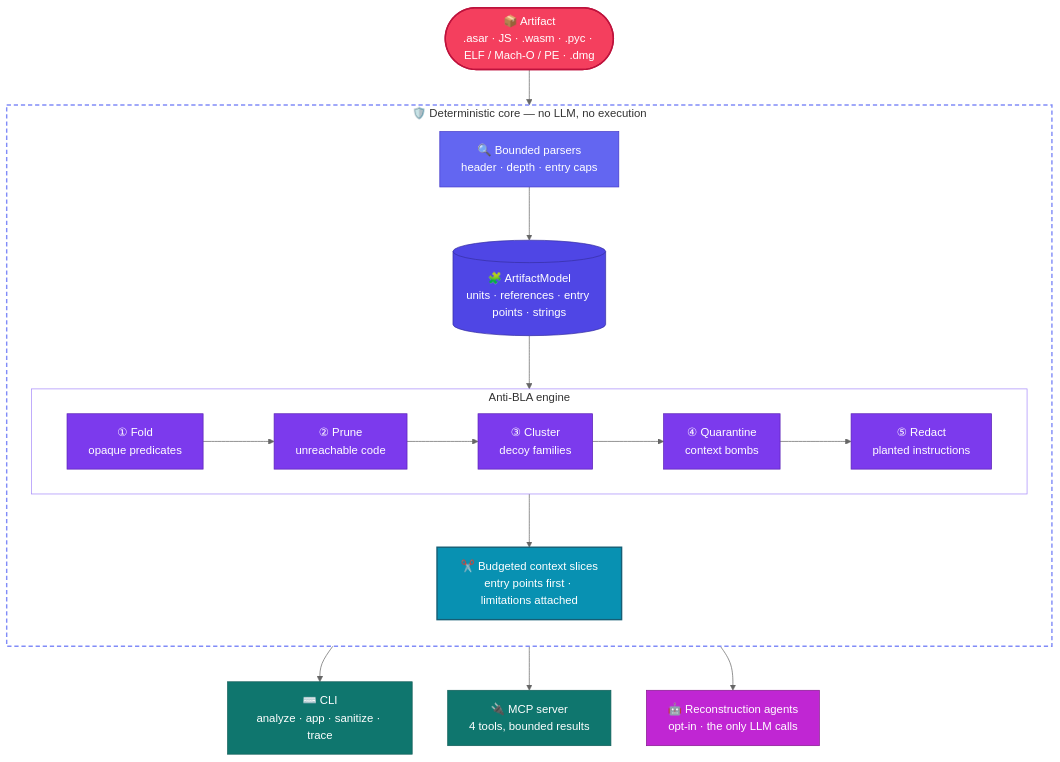
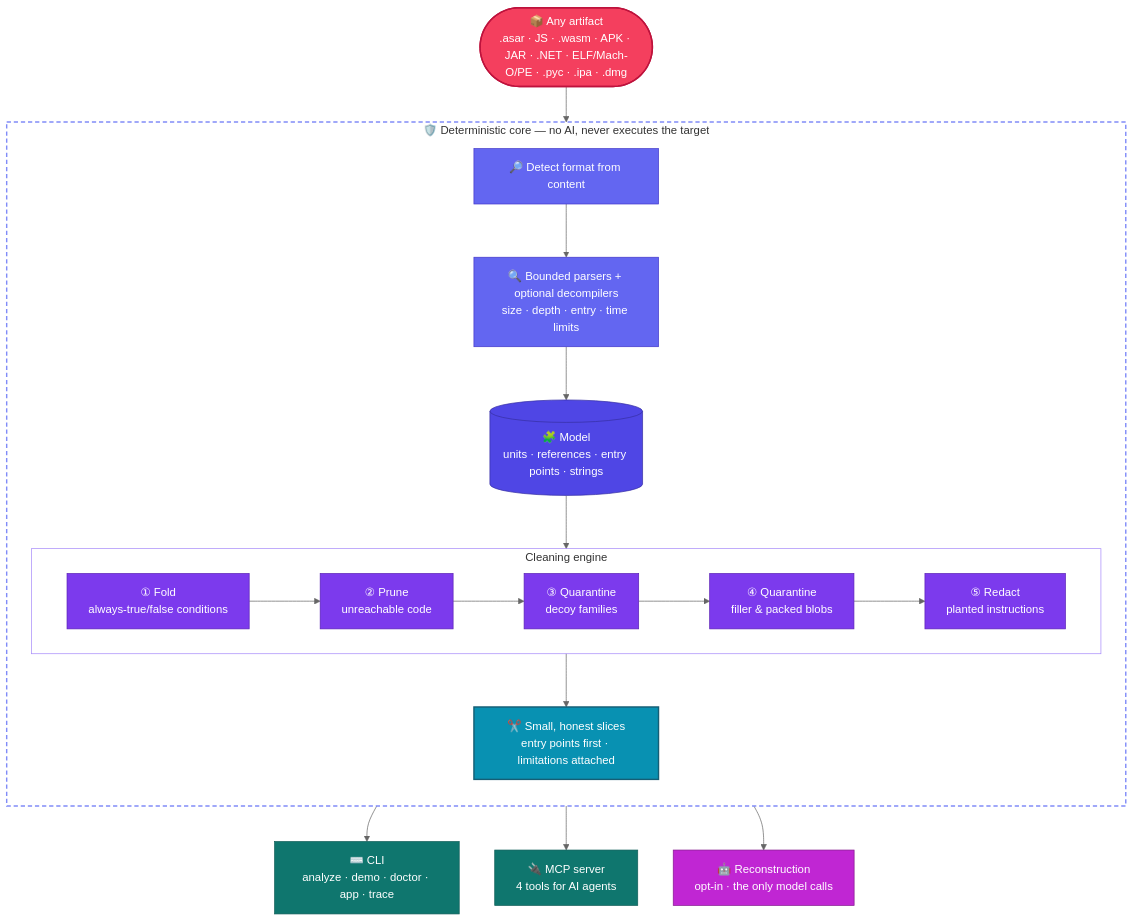
The diagram in README.md (AnvitDevadiga/ree), drawn with Mermaid (neutral theme) before and after one commit. The commit also changed other lines of this file and 18 other files, not shown here.

````diff
--- a/README.md
+++ b/README.md
@@ -127,41 +207,42 @@
 ```mermaid
 flowchart TB
-    A(["📦 Artifact<br/>.asar · JS · .wasm · .pyc · ELF / Mach-O / PE · .dmg"]):::input
+    A(["📦 Any artifact<br/>.asar · JS · .wasm · APK · JAR · .NET · ELF/Mach-O/PE · .pyc · .ipa · .dmg"]):::input
 
-    subgraph CORE["🛡️  Deterministic core — no LLM, no execution"]
+    subgraph CORE["🛡️  Deterministic core — no AI, never executes the target"]
         direction TB
-        P["🔍 Bounded parsers<br/>header · depth · entry caps"]:::parse
-        M[("🧩 ArtifactModel<br/>units · references · entry points · strings")]:::model
+        D["🔎 Detect format from content"]:::parse
+        P["🔍 Bounded parsers + optional decompilers<br/>size · depth · entry · time limits"]:::parse
+        M[("🧩 Model<br/>units · references · entry points · strings")]:::model
 
-        subgraph ENGINE["Anti-BLA engine"]
+        subgraph ENGINE["Cleaning engine"]
             direction LR
-            S1["① Fold<br/>opaque predicates"]:::pass
+            S1["① Fold<br/>always-true/false conditions"]:::pass
             S2["② Prune<br/>unreachable code"]:::pass
-            S3["③ Cluster<br/>decoy families"]:::pass
-            S4["④ Quarantine<br/>context bombs"]:::pass
+            S3["③ Quarantine<br/>decoy families"]:::pass
+            S4["④ Quarantine<br/>filler & packed blobs"]:::pass
             S5["⑤ Redact<br/>planted instructions"]:::pass
             S1 --> S2 --> S3 --> S4 --> S5
         end
 
-        P --> M --> ENGINE
-        SL["✂️ Budgeted context slices<br/>entry points first · limitations attached"]:::slice
+        D --> P --> M --> ENGINE
+        SL["✂️ Small, honest slices<br/>entry points first · limitations attached"]:::slice
         ENGINE --> SL
     end
 
-    A --> P
+    A --> D
 
-    SL --> CLI["⌨️ CLI<br/>analyze · app · sanitize · trace"]:::out
-    SL --> MCP["🔌 MCP server<br/>4 tools, bounded results"]:::out
-    SL --> AG["🤖 Reconstruction agents<br/>opt-in · the only LLM calls"]:::llm
+    SL --> CLI["⌨️ CLI<br/>analyze · demo · doctor · app · trace"]:::out
+    SL --> MCP["🔌 MCP server<br/>4 tools for AI agents"]:::out
+    SL --> AG["🤖 Reconstruction<br/>opt-in · the only model calls"]:::llm
 
     classDef input fill:#f43f5e,stroke:#be123c,color:#ffffff,stroke-width:2px
     classDef parse fill:#6366f1,stroke:#4338ca,color:#ffffff
     classDef model fill:#4f46e5,stroke:#3730a3,color:#ffffff
     classDef pass fill:#7c3aed,stroke:#5b21b6,color:#ffffff
     classDef slice fill:#0891b2,stroke:#155e75,color:#ffffff,stroke-width:2px
     classDef out fill:#0f766e,stroke:#115e59,color:#ffffff
     classDef llm fill:#c026d3,stroke:#86198f,color:#ffffff
 
     style CORE fill:transparent,stroke:#818cf8,stroke-width:2px,stroke-dasharray:6 4
     style ENGINE fill:transparent,stroke:#a78bfa,stroke-width:1px
 ```
````
